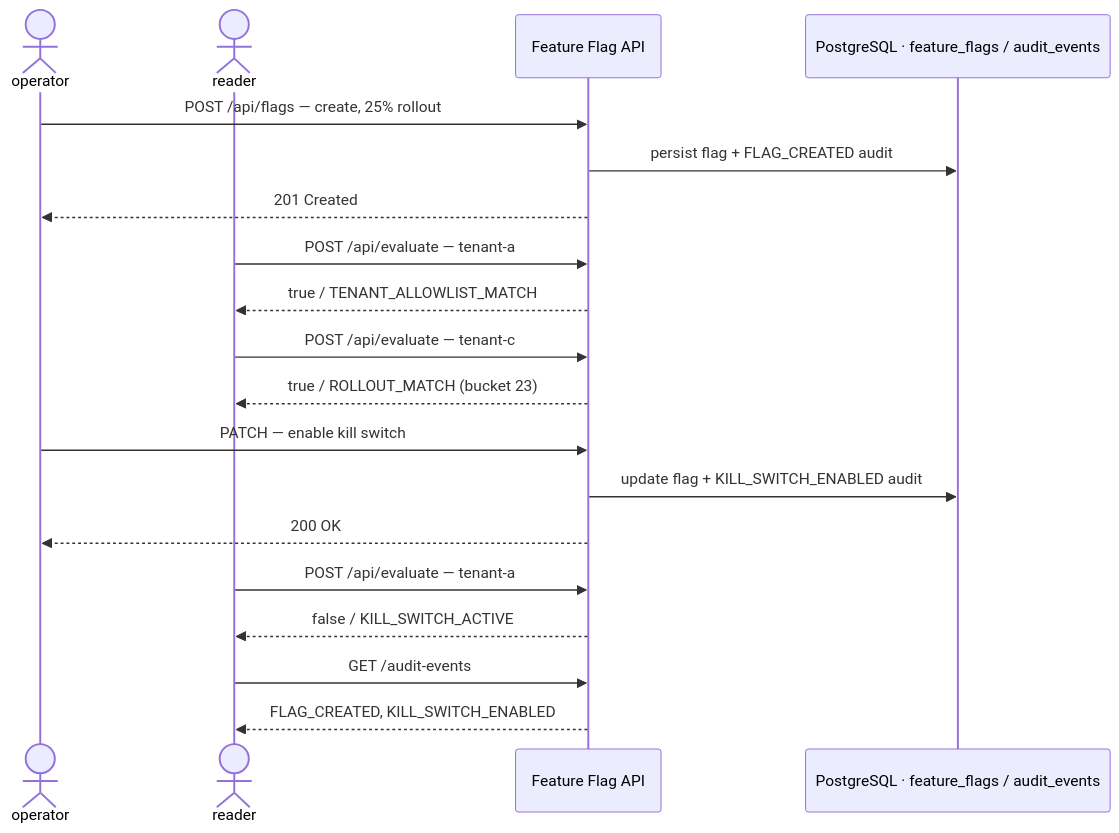
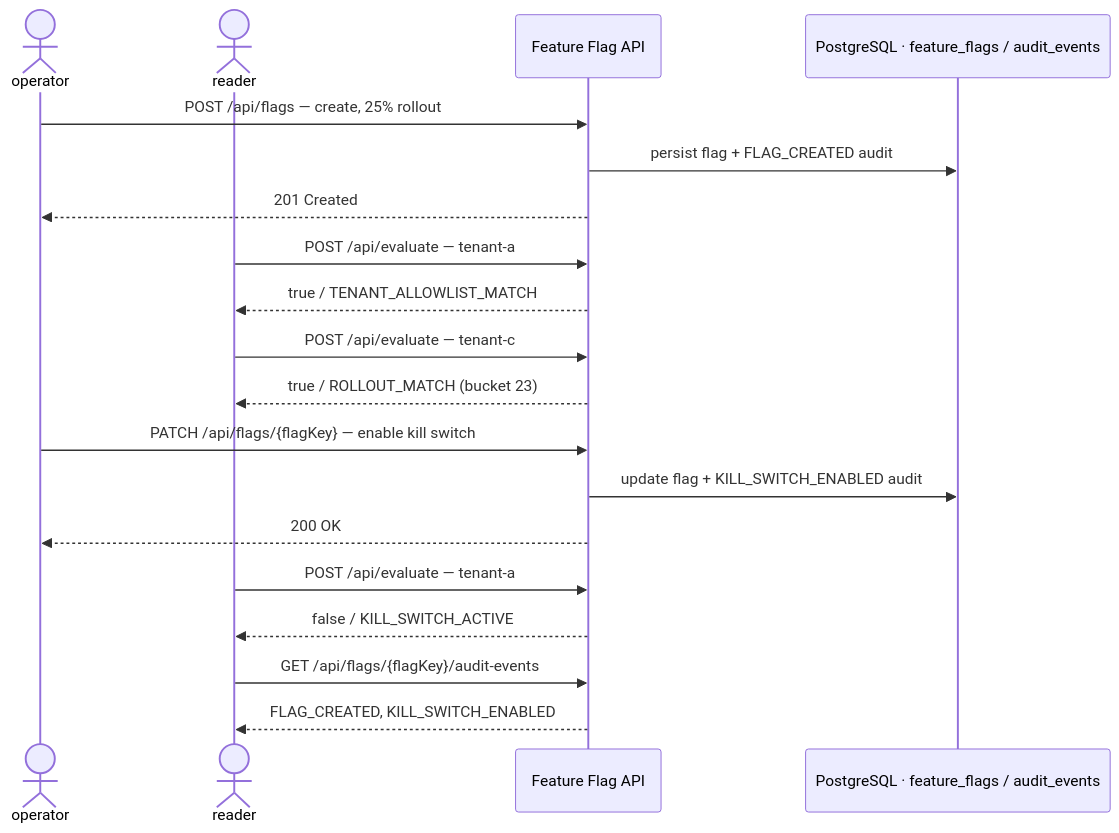
Before and after one commit to 42milez/feature-flag-expt: the third of 3 diagrams in README.md, drawn with Mermaid. The commit also changed 1 other file, not shown here.

Commit message:
docs: correct README API endpoints (#52)

````diff
--- a/README.md
+++ b/README.md
@@ -196,25 +196,25 @@
 ```mermaid
 sequenceDiagram
     actor Op as operator
     actor Rd as reader
     participant API as Feature Flag API
     participant DB as PostgreSQL · feature_flags / audit_events
 
     Op->>API: POST /api/flags — create, 25% rollout
     API->>DB: persist flag + FLAG_CREATED audit
     API-->>Op: 201 Created
 
     Rd->>API: POST /api/evaluate — tenant-a
     API-->>Rd: true / TENANT_ALLOWLIST_MATCH
     Rd->>API: POST /api/evaluate — tenant-c
     API-->>Rd: true / ROLLOUT_MATCH (bucket 23)
 
-    Op->>API: PATCH — enable kill switch
+    Op->>API: PATCH /api/flags/{flagKey} — enable kill switch
     API->>DB: update flag + KILL_SWITCH_ENABLED audit
     API-->>Op: 200 OK
 
     Rd->>API: POST /api/evaluate — tenant-a
     API-->>Rd: false / KILL_SWITCH_ACTIVE
-    Rd->>API: GET /audit-events
+    Rd->>API: GET /api/flags/{flagKey}/audit-events
     API-->>Rd: FLAG_CREATED, KILL_SWITCH_ENABLED
 ```
````
